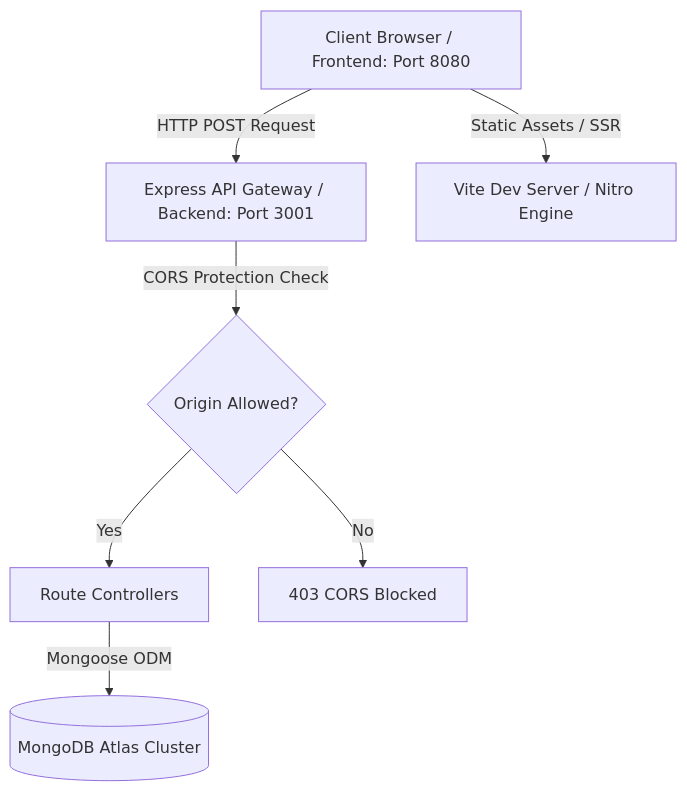
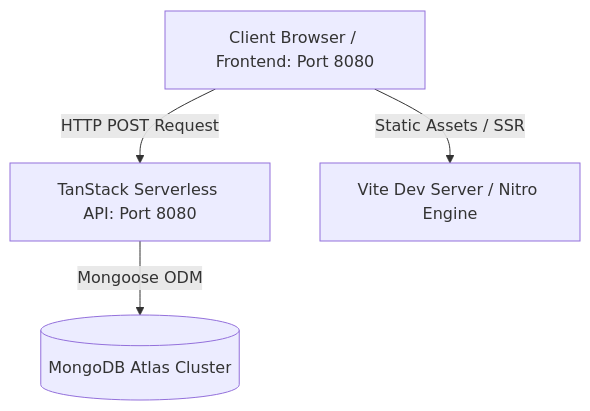
One commit to kshitijvaishya/hivron changed the diagram in README.md. Above: the diagram before and after it, drawn with Mermaid. The commit also changed other lines of this file, not shown here.

Commit message:
docs: finalize README.md for serverless TanStack Start architecture

````diff
--- a/README.md
+++ b/README.md
@@ -29,9 +28,6 @@
 ```mermaid
 graph TD
-    Client[Client Browser / Frontend: Port 8080] -->|HTTP POST Request| API[Express API Gateway / Backend: Port 3001]
+    Client[Client Browser / Frontend: Port 8080] -->|HTTP POST Request| ServerlessAPI[TanStack Serverless API: Port 8080]
     Client -->|Static Assets / SSR| ViteServer[Vite Dev Server / Nitro Engine]
-    API -->|CORS Protection Check| AllowedOrigins{Origin Allowed?}
-    AllowedOrigins -->|Yes| RouteHandler[Route Controllers]
-    AllowedOrigins -->|No| CORSBlock[403 CORS Blocked]
-    RouteHandler -->|Mongoose ODM| MongoDB[(MongoDB Atlas Cluster)]
+    ServerlessAPI -->|Mongoose ODM| MongoDB[(MongoDB Atlas Cluster)]
 ```
````
